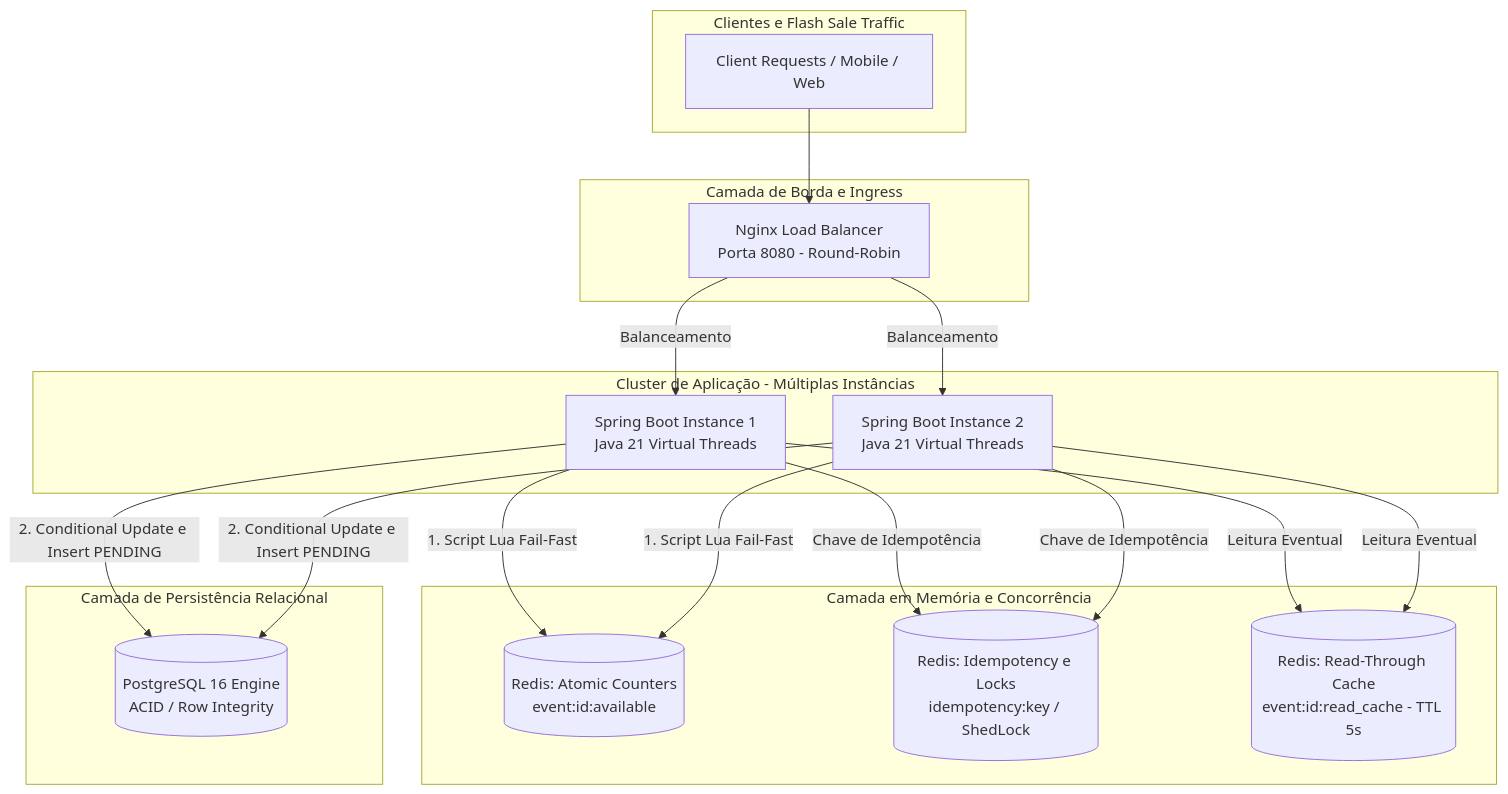
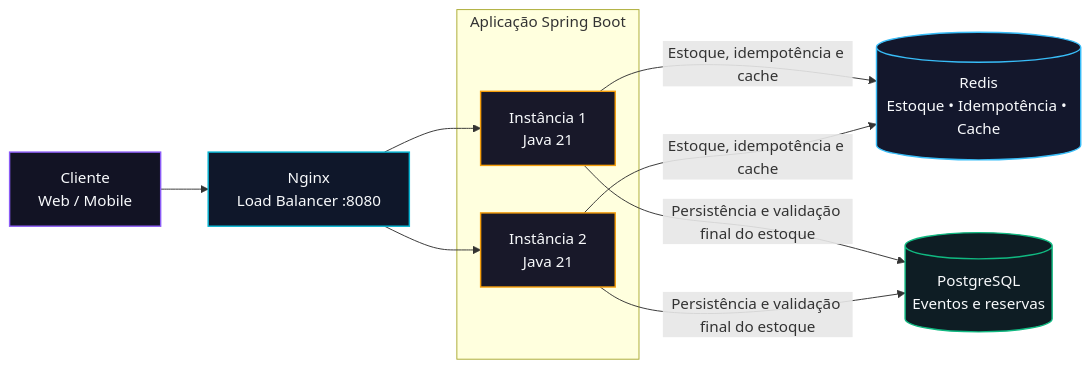
Before and after one commit to wallacemax96/ticket-booking-flash-sale: the diagram in docs/architecture/01-topology.md, drawn with Mermaid. The commit also changed other lines of this file and 16 other files, not shown here.

````diff
--- a/docs/architecture/01-topology.md
+++ b/docs/architecture/01-topology.md
@@ -5,41 +5,27 @@
 ```mermaid
-graph TB
-    subgraph Clients["Clientes e Flash Sale Traffic"]
-        C1["Client Requests / Mobile / Web"]
+flowchart LR
+    classDef clientBox fill:#121324,stroke:#8b5cf6,stroke-width:1.5px,color:#f8fafc;
+    classDef ingressBox fill:#0f172a,stroke:#06b6d4,stroke-width:1.5px,color:#f8fafc;
+    classDef appBox fill:#181829,stroke:#f59e0b,stroke-width:1.5px,color:#f8fafc;
+    classDef redisBox fill:#13172c,stroke:#38bdf8,stroke-width:1.5px,color:#f8fafc;
+    classDef pgBox fill:#0e1d24,stroke:#10b981,stroke-width:1.5px,color:#f8fafc;
+
+    CLIENT["Cliente<br/>Web / Mobile"]:::clientBox
+    NGINX["Nginx<br/>Load Balancer :8080"]:::ingressBox
+
+    subgraph APP["Aplicação Spring Boot"]
+        APP1["Instância 1<br/>Java 21"]:::appBox
+        APP2["Instância 2<br/>Java 21"]:::appBox
     end
 
-    subgraph ReverseProxy["Camada de Borda e Ingress"]
-        LB["Nginx Load Balancer<br/>Porta 8080 - Round-Robin"]
-    end
+    REDIS[("Redis<br/>Estoque • Idempotência • Cache")]:::redisBox
+    POSTGRES[("PostgreSQL<br/>Eventos e reservas")]:::pgBox
 
-    subgraph ServiceCluster["Cluster de Aplicação - Múltiplas Instâncias"]
-        APP1["Spring Boot Instance 1<br/>Java 21 Virtual Threads"]
-        APP2["Spring Boot Instance 2<br/>Java 21 Virtual Threads"]
-    end
-
-    subgraph FastPath["Camada em Memória e Concorrência"]
-        R_STOCK[("Redis: Atomic Counters<br/>event:id:available")]
-        R_LOCK[("Redis: Idempotency e Locks<br/>idempotency:key / ShedLock")]
-        R_CACHE[("Redis: Read-Through Cache<br/>event:id:read_cache - TTL 5s")]
-    end
-
-    subgraph PersistentStorage["Camada de Persistência Relacional"]
-        PG[("PostgreSQL 16 Engine<br/>ACID / Row Integrity")]
-    end
-
-    C1 --> LB
-    LB -->|Balanceamento| APP1
-    LB -->|Balanceamento| APP2
-
-    APP1 -->|1. Script Lua Fail-Fast| R_STOCK
-    APP2 -->|1. Script Lua Fail-Fast| R_STOCK
-    
-    APP1 -->|Chave de Idempotência| R_LOCK
-    APP2 -->|Chave de Idempotência| R_LOCK
-
-    APP1 -->|Leitura Eventual| R_CACHE
-    APP2 -->|Leitura Eventual| R_CACHE
-
-    APP1 -->|2. Conditional Update e Insert PENDING| PG
-    APP2 -->|2. Conditional Update e Insert PENDING| PG
+    CLIENT --> NGINX
+    NGINX --> APP1
+    NGINX --> APP2
+    APP1 -->|"Estoque, idempotência e cache"| REDIS
+    APP2 -->|"Estoque, idempotência e cache"| REDIS
+    APP1 -->|"Persistência e validação final do estoque"| POSTGRES
+    APP2 -->|"Persistência e validação final do estoque"| POSTGRES
 ```
````
